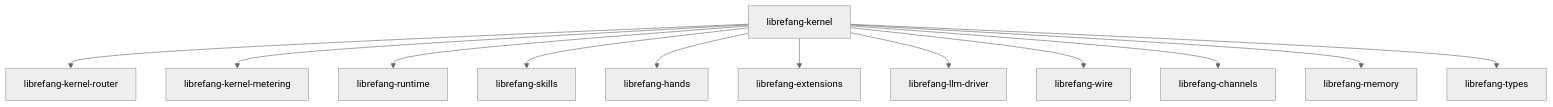
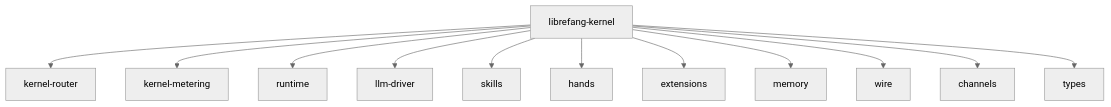
The diagram in other-librefang-kernel.md (leszek3737/librefang-WIki), drawn with Mermaid (neutral theme) before and after one commit. The commit also changed other lines of this file and 100 other files, not shown here.

````diff
--- a/other-librefang-kernel.md
+++ b/other-librefang-kernel.md
@@ -19,14 +11,14 @@
 ```mermaid
 graph TD
-    K[librefang-kernel] --> R[librefang-kernel-router]
-    K --> M[librefang-kernel-metering]
-    K --> RT[librefang-runtime]
-    K --> S[librefang-skills]
-    K --> H[librefang-hands]
-    K --> E[librefang-extensions]
-    K --> LLM[librefang-llm-driver]
-    K --> W[librefang-wire]
-    K --> CH[librefang-channels]
-    K --> MEM[librefang-memory]
-    K --> T[librefang-types]
+    K[librefang-kernel] --> KR[kernel-router]
+    K --> KM[kernel-metering]
+    K --> RT[runtime]
+    K --> LLM[llm-driver]
+    K --> SK[skills]
+    K --> HD[hands]
+    K --> EX[extensions]
+    K --> MEM[memory]
+    K --> WR[wire]
+    K --> CH[channels]
+    K --> TY[types]
 ```
````
